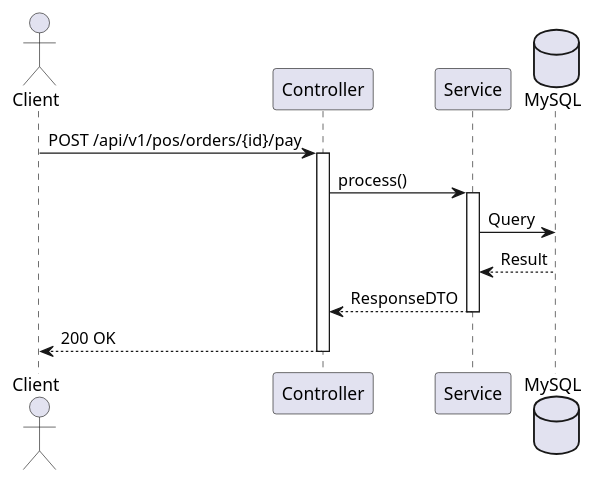
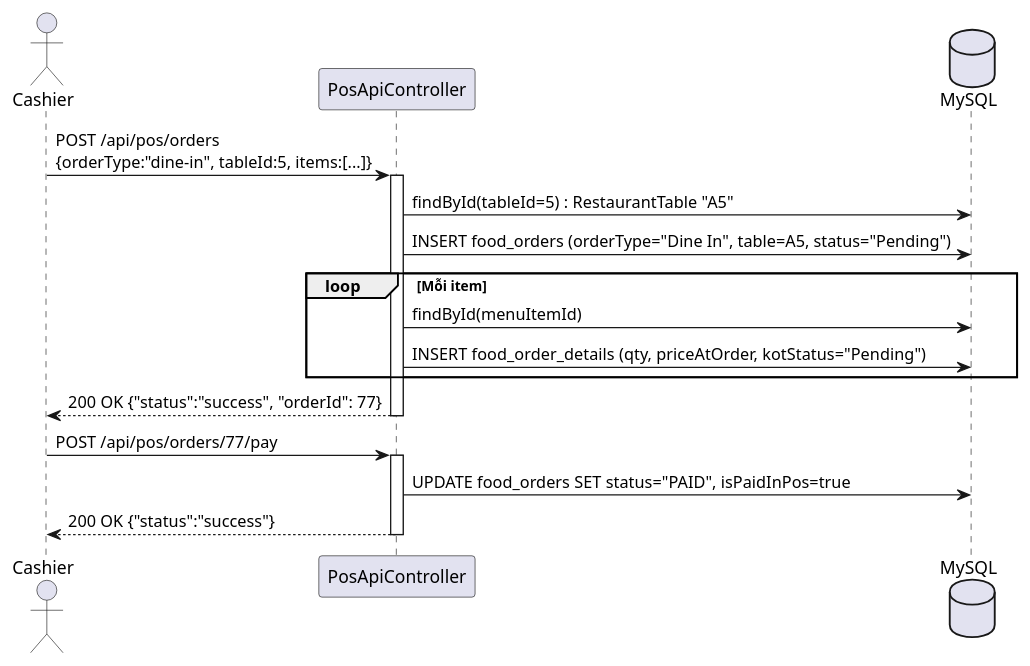
One commit to Luuxinhxinh/hoanien-resort changed the second of 2 diagrams in 06-Testing/mod3_pos/uc16/EDS_uc16_SPEC.md. Above: the diagram before and after it, drawn with PlantUML. The commit also changed other lines of this file and 21 other files, not shown here.

Commit message:
Feature/module3 update order food and dine in

````diff
--- a/06-Testing/mod3_pos/uc16/EDS_uc16_SPEC.md
+++ b/06-Testing/mod3_pos/uc16/EDS_uc16_SPEC.md
@@ -126,19 +170,24 @@
 ```plantuml
 @startuml
-actor "Client" as C
-participant "Controller" as Ctrl
-participant "Service" as Svc
+actor "Cashier" as C
+participant "PosApiController" as Ctrl
 database MySQL as DB
 
-C -> Ctrl: POST /api/v1/pos/orders/{id}/pay
+C -> Ctrl: POST /api/pos/orders\n{orderType:"dine-in", tableId:5, items:[...]}
 activate Ctrl
-Ctrl -> Svc: process()
-activate Svc
-Svc -> DB: Query
-DB --> Svc: Result
-Svc --> Ctrl: ResponseDTO
-deactivate Svc
-Ctrl --> C: 200 OK
+Ctrl -> DB: findById(tableId=5) : RestaurantTable "A5"
+Ctrl -> DB: INSERT food_orders (orderType="Dine In", table=A5, status="Pending")
+loop Mỗi item
+    Ctrl -> DB: findById(menuItemId)
+    Ctrl -> DB: INSERT food_order_details (qty, priceAtOrder, kotStatus="Pending")
+end
+Ctrl --> C: 200 OK {"status":"success", "orderId": 77}
+deactivate Ctrl
+
+C -> Ctrl: POST /api/pos/orders/77/pay
+activate Ctrl
+Ctrl -> DB: UPDATE food_orders SET status="PAID", isPaidInPos=true
+Ctrl --> C: 200 OK {"status":"success"}
 deactivate Ctrl
 @enduml
 ```
````
